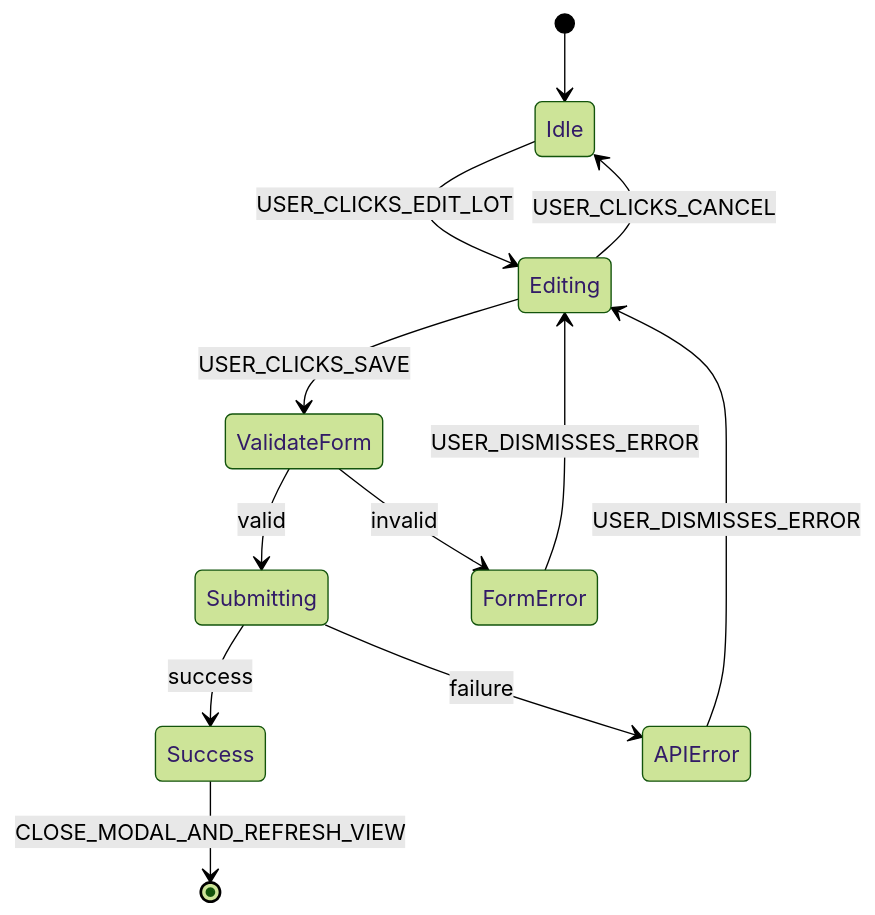
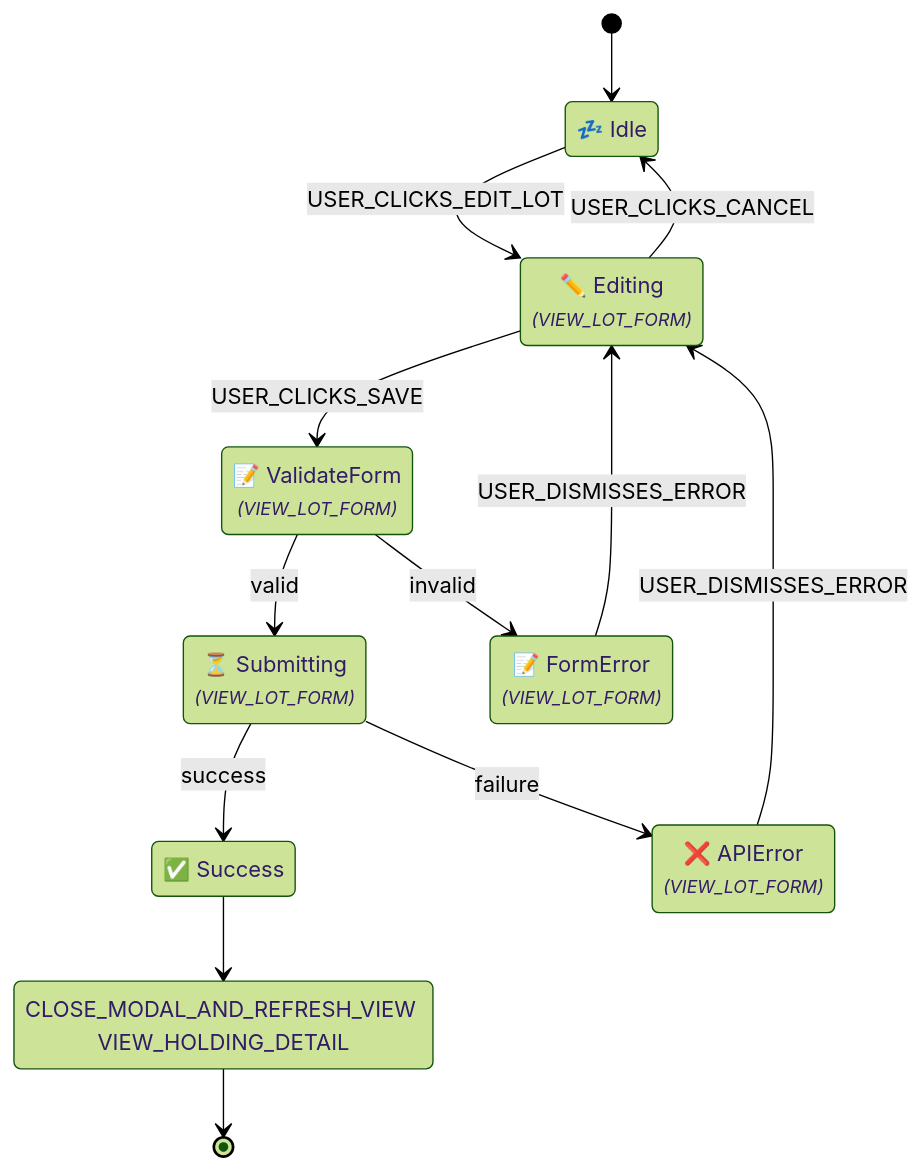
Diagram 31 of 60 in product_spec.md (enzhao/Sentinel), drawn with Mermaid (forest theme) before and after one commit. The commit also changed other lines of this file and 3 other files, not shown here.

First line of the commit message:
docs(spec): refine and clarify UI flow specifications

````diff
--- a/product_spec.md
+++ b/product_spec.md
@@ -1584,14 +1739,24 @@
 ```mermaid
 stateDiagram-v2
+    %% Flow ID: FLOW_UPDATE_LOT_MANUAL
     [*] --> Idle
+    state "💤 Idle" as Idle
     Idle --> Editing : USER_CLICKS_EDIT_LOT
+    state "✏️ Editing<br/><font size="2"><i>(VIEW_LOT_FORM)</i></font>" as Editing
+    Editing --> ValidateForm : USER_CLICKS_SAVE
     Editing --> Idle : USER_CLICKS_CANCEL
-    Editing --> ValidateForm : USER_CLICKS_SAVE
+    state "📝 ValidateForm<br/><font size="2"><i>(VIEW_LOT_FORM)</i></font>" as ValidateForm
     ValidateForm --> Submitting : valid
     ValidateForm --> FormError : invalid
+    state "⏳ Submitting<br/><font size="2"><i>(VIEW_LOT_FORM)</i></font>" as Submitting
     Submitting --> Success : success
     Submitting --> APIError : failure
+    state "✅ Success" as Success
+    state "CLOSE_MODAL_AND_REFRESH_VIEW VIEW_HOLDING_DETAIL" as Success_exit_action
+    Success --> Success_exit_action
+    Success_exit_action --> [*]
+    state "📝 FormError<br/><font size="2"><i>(VIEW_LOT_FORM)</i></font>" as FormError
     FormError --> Editing : USER_DISMISSES_ERROR
+    state "❌ APIError<br/><font size="2"><i>(VIEW_LOT_FORM)</i></font>" as APIError
     APIError --> Editing : USER_DISMISSES_ERROR
-    Success --> [*] : CLOSE_MODAL_AND_REFRESH_VIEW
 ```
````
